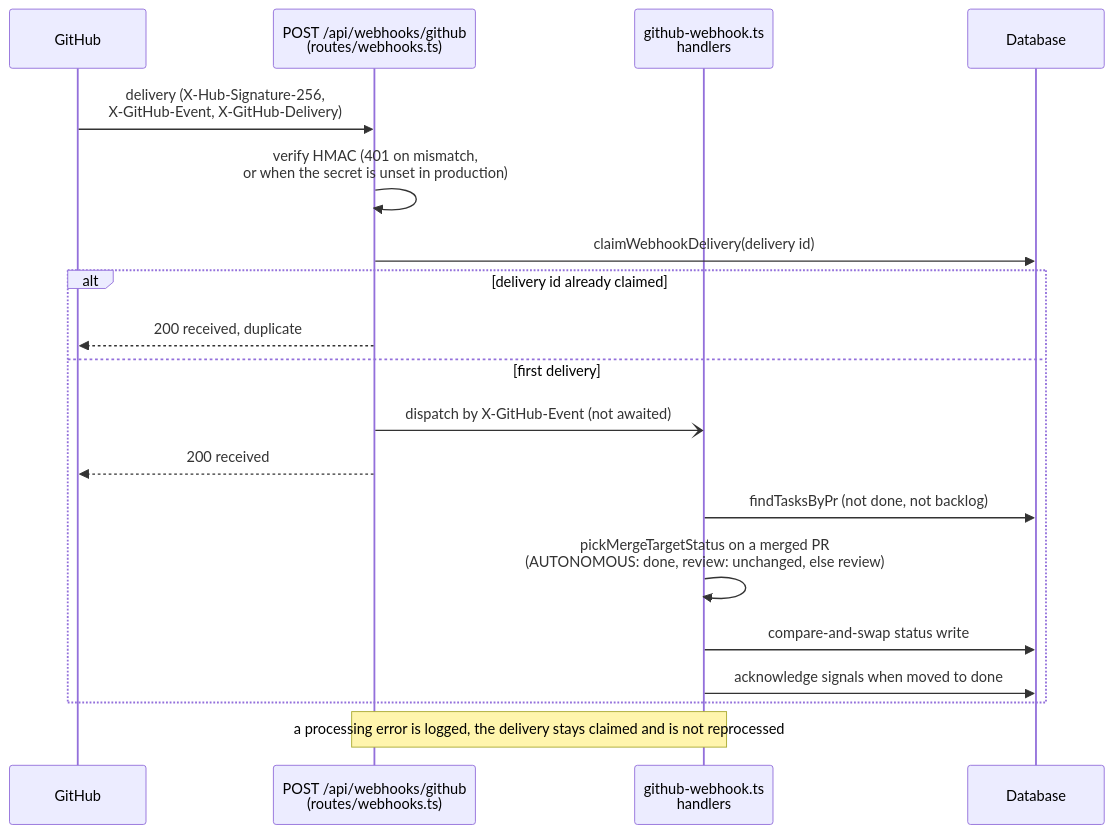
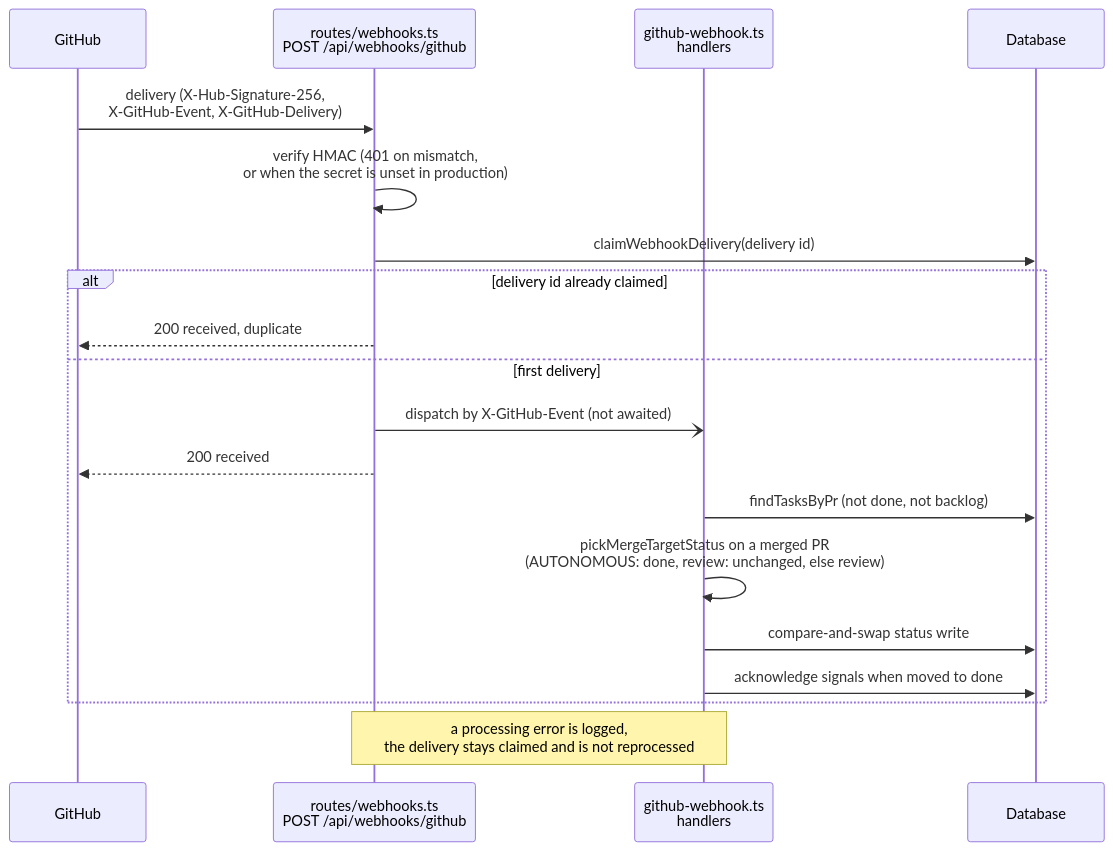
Before and after one commit to LanNguyenSi/agent-tasks: the diagram in docs/webhook-setup.md, drawn with Mermaid. The commit also changed 20 other files, not shown here.

````diff
--- a/docs/webhook-setup.md
+++ b/docs/webhook-setup.md
@@ -93,21 +93,21 @@
 ```mermaid
 sequenceDiagram
   participant GH as GitHub
-  participant R as POST /api/webhooks/github<br/>(routes/webhooks.ts)
+  participant R as routes/webhooks.ts<br/>POST /api/webhooks/github
   participant S as github-webhook.ts<br/>handlers
   participant DB as Database
   GH->>R: delivery (X-Hub-Signature-256,<br/>X-GitHub-Event, X-GitHub-Delivery)
   R->>R: verify HMAC (401 on mismatch,<br/>or when the secret is unset in production)
   R->>DB: claimWebhookDelivery(delivery id)
   alt delivery id already claimed
     R-->>GH: 200 received, duplicate
   else first delivery
     R-)S: dispatch by X-GitHub-Event (not awaited)
     R-->>GH: 200 received
     S->>DB: findTasksByPr (not done, not backlog)
     S->>S: pickMergeTargetStatus on a merged PR<br/>(AUTONOMOUS: done, review: unchanged, else review)
     S->>DB: compare-and-swap status write
     S->>DB: acknowledge signals when moved to done
   end
-  Note over R,S: a processing error is logged, the delivery stays claimed and is not reprocessed
+  Note over R,S: a processing error is logged,<br/>the delivery stays claimed and is not reprocessed
 ```
````
